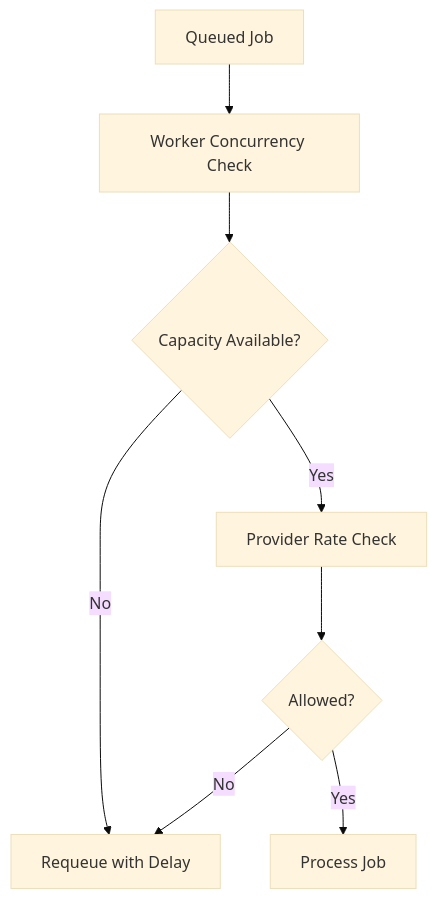
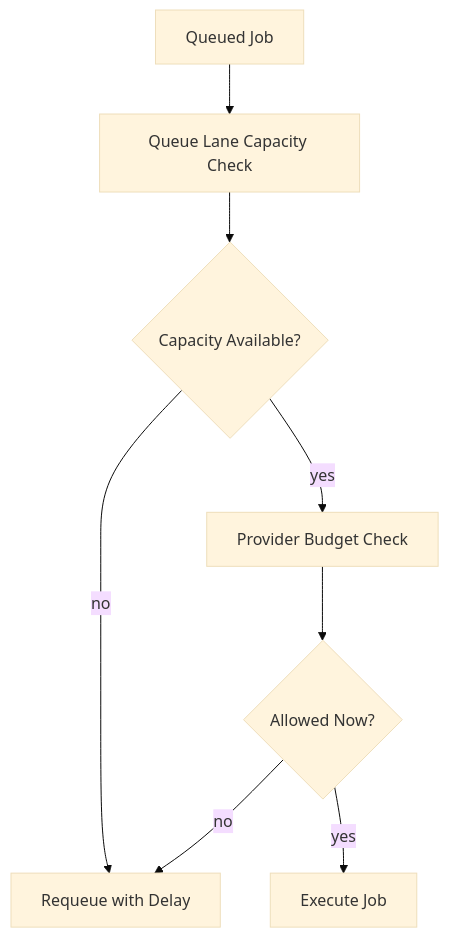
The diagram in docs/rate-limiting.md (Ahsankhalid618/ai-automation-system-design), drawn with Mermaid (base theme) before and after one commit. The commit also changed other lines of this file and 15 other files, not shown here.

````diff
--- a/docs/rate-limiting.md
+++ b/docs/rate-limiting.md
@@ -20,10 +22,10 @@
 ```mermaid
 flowchart TD
-A[Queued Job] --> B[Worker Concurrency Check]
-B --> C{Capacity Available?}
-C -->|No| D[Requeue with Delay]
-C -->|Yes| E[Provider Rate Check]
-E --> F{Allowed?}
-F -->|No| D
-F -->|Yes| G[Process Job]
+  A[Queued Job] --> B[Queue Lane Capacity Check]
+  B --> C{Capacity Available?}
+  C -->|no| D[Requeue with Delay]
+  C -->|yes| E[Provider Budget Check]
+  E --> F{Allowed Now?}
+  F -->|no| D
+  F -->|yes| G[Execute Job]
 ```
````
